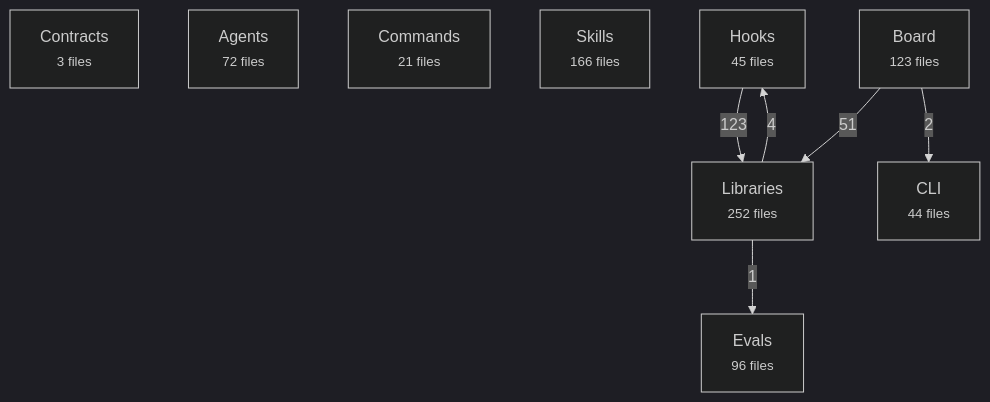
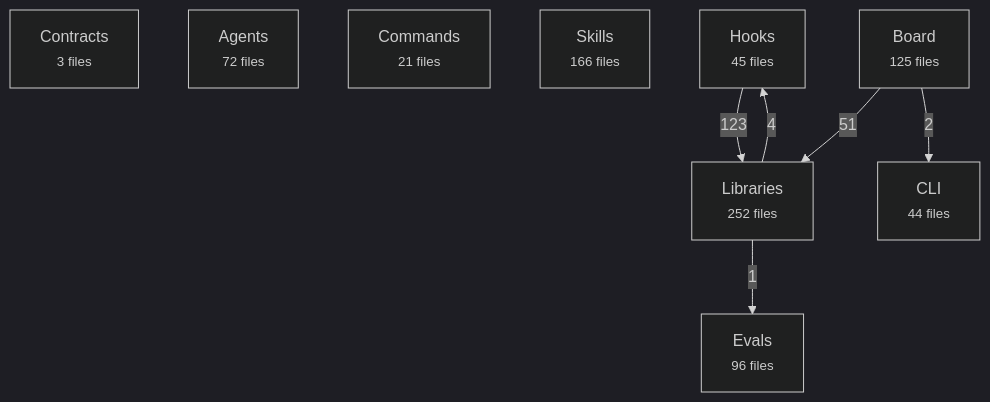
Before and after one commit to avelikiy/great_cto: the first of 2 diagrams in docs/reference/architecture-map.md, drawn with Mermaid (dark theme). The commit also changed other lines of this file, not shown here.

Commit message:
docs: architecture map counts the new board tests

````diff
--- a/docs/reference/architecture-map.md
+++ b/docs/reference/architecture-map.md
@@ -20,17 +20,17 @@
 ```mermaid
 flowchart TD
   contracts["Contracts<br/><small>3 files</small>"]
   agents["Agents<br/><small>72 files</small>"]
   commands["Commands<br/><small>21 files</small>"]
   skills["Skills<br/><small>166 files</small>"]
   hooks["Hooks<br/><small>45 files</small>"]
   libs["Libraries<br/><small>252 files</small>"]
-  board["Board<br/><small>123 files</small>"]
+  board["Board<br/><small>125 files</small>"]
   cli["CLI<br/><small>44 files</small>"]
   evals["Evals<br/><small>96 files</small>"]
   hooks -->|123| libs
   board -->|51| libs
   libs -->|4| hooks
   board -->|2| cli
   libs -->|1| evals
 ```
````
